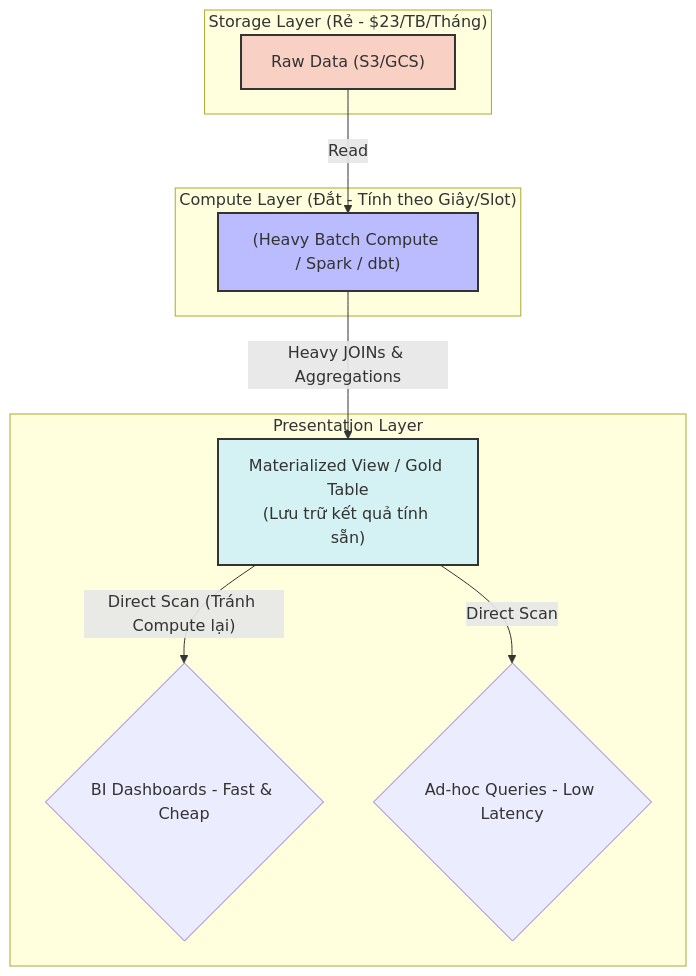
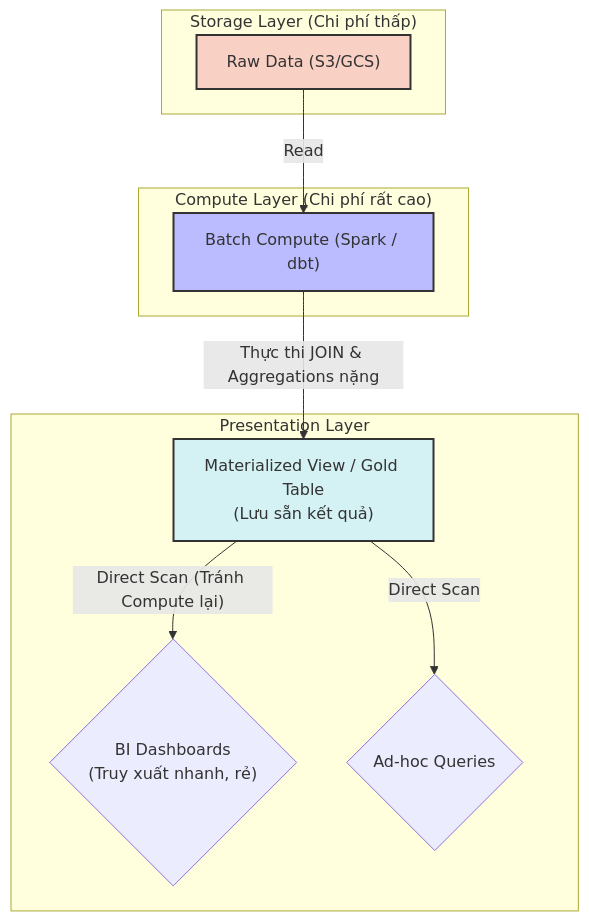
The diagram in src/content/docs/concepts/8-security-governance-finops/cost-optimization.md (kythuatdulieu/kythuatdulieu.github.io), drawn with Mermaid before and after one commit. The commit also changed other lines of this file and 1 other file, not shown here.

````diff
--- a/src/content/docs/concepts/8-security-governance-finops/cost-optimization.md
+++ b/src/content/docs/concepts/8-security-governance-finops/cost-optimization.md
@@ -32,25 +49,25 @@
 ```mermaid
 graph TD
-    subgraph Storage_Layer["Storage Layer (Rẻ - $23/TB/Tháng)"]
+    subgraph Storage_Layer["Storage Layer (Chi phí thấp)"]
       A["Raw Data (S3/GCS)"]
     end
     
-    subgraph Compute_Layer["Compute Layer (Đắt - Tính theo Giây/Slot)"]
-        B["(Heavy Batch Compute / Spark / dbt)"]
+    subgraph Compute_Layer["Compute Layer (Chi phí rất cao)"]
+        B["Batch Compute (Spark / dbt)"]
     end
     
     subgraph Presentation_Layer["Presentation Layer"]
-      C["Materialized View / Gold Table\n(Lưu trữ kết quả tính sẵn)"]
-      D{"BI Dashboards - Fast & Cheap"}
-      E{"Ad-hoc Queries - Low Latency"}
+      C["Materialized View / Gold Table\n(Lưu sẵn kết quả)"]
+      D{"BI Dashboards\n(Truy xuất nhanh, rẻ)"}
+      E{"Ad-hoc Queries"}
     end
 
     A -->|Read| B
-    B -->|Heavy JOINs & Aggregations| C
+    B -->|Thực thi JOIN & Aggregations nặng| C
     C -->|"Direct Scan (Tránh Compute lại)"| D
     C -->|Direct Scan| E
     
     style A fill:#f9d0c4,stroke:#333,stroke-width:2px
     style B fill:#bbf,stroke:#333,stroke-width:2px
     style C fill:#d4f1f4,stroke:#333,stroke-width:2px
 ```
````
